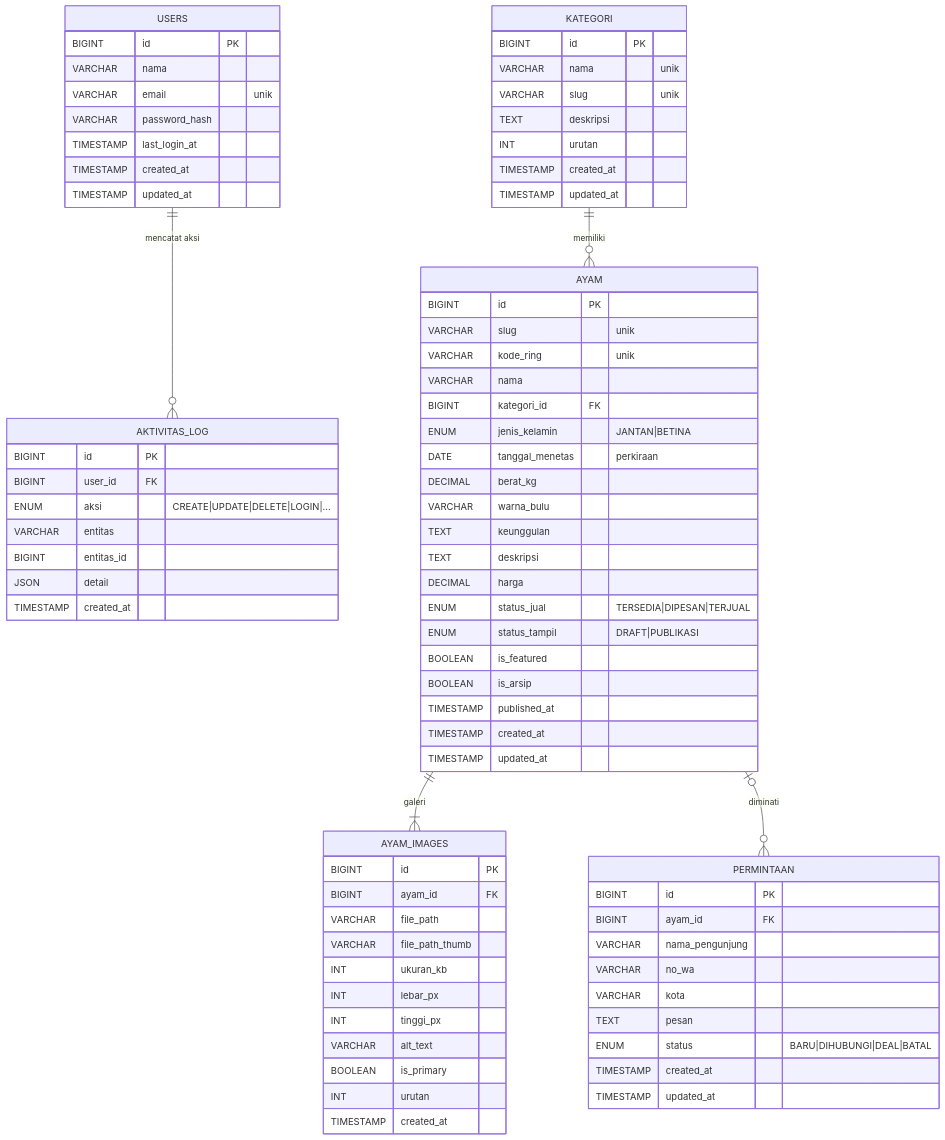
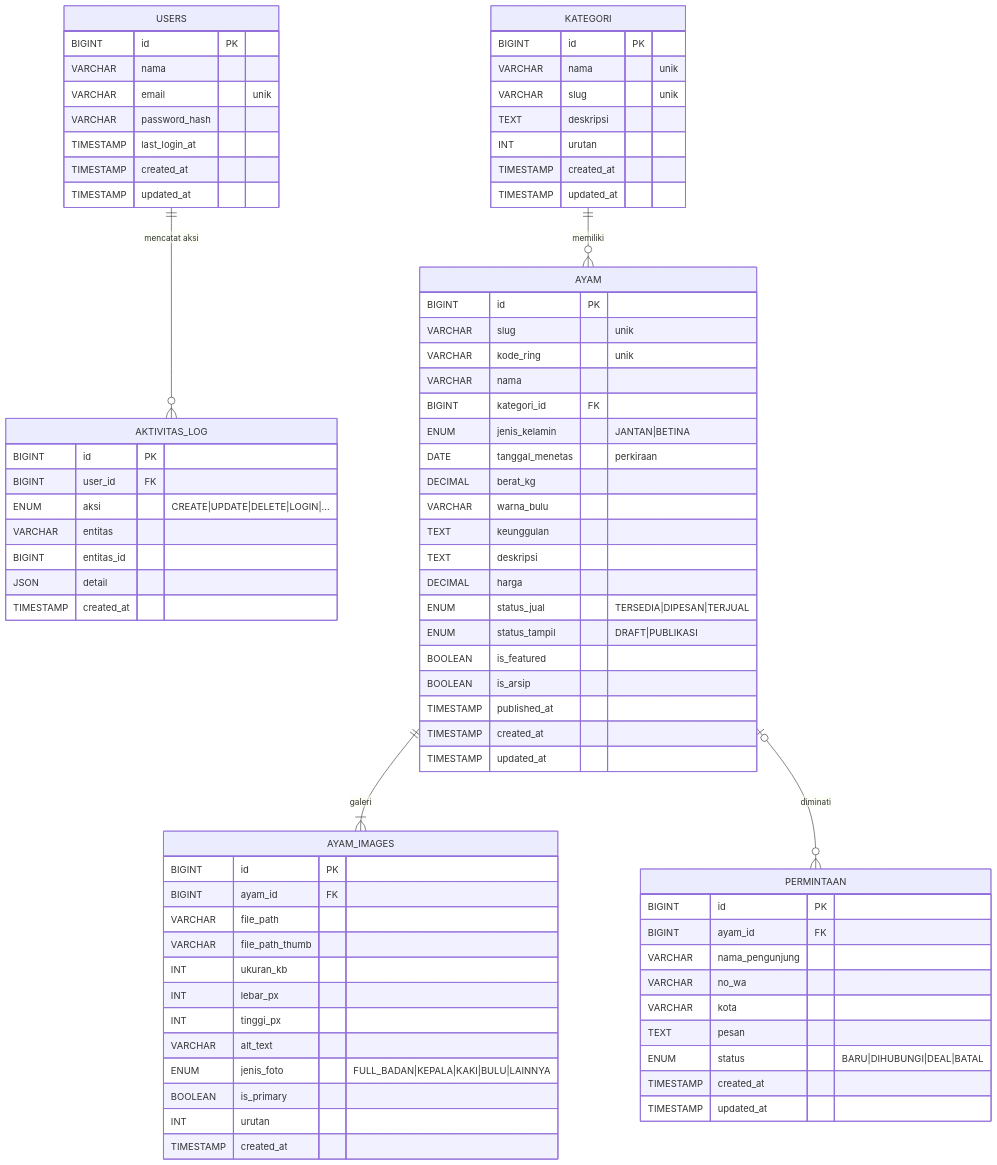
Before and after one commit to anggarabudiyantooo-hub/hw-catalog: the diagram in docs/ERD.md, drawn with Mermaid. The commit also changed other lines of this file and 11 other files, not shown here.

Commit message:
docs(design): revisi M0 rev3 — sold-out grayscale, jenis foto wajib (full badan/kepala/kaki), usia otomatis tetap tampil

```diff
--- a/docs/ERD.md
+++ b/docs/ERD.md
@@ -84,6 +84,7 @@
         INT lebar_px
         INT tinggi_px
         VARCHAR alt_text
+        ENUM jenis_foto "FULL_BADAN|KEPALA|KAKI|BULU|LAINNYA"
         BOOLEAN is_primary
         INT urutan
         TIMESTAMP created_at
```
